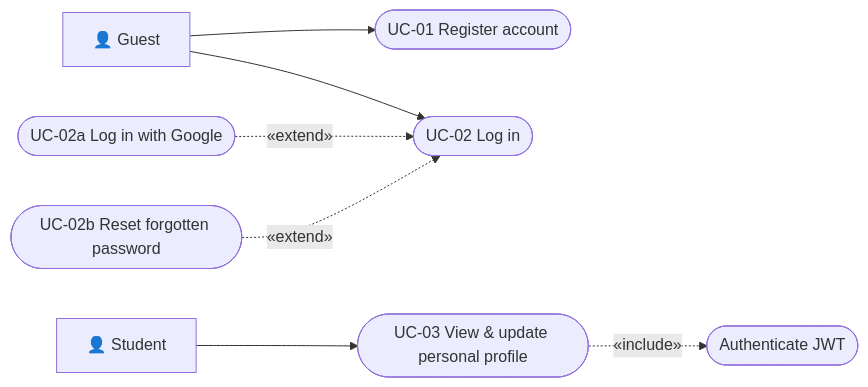
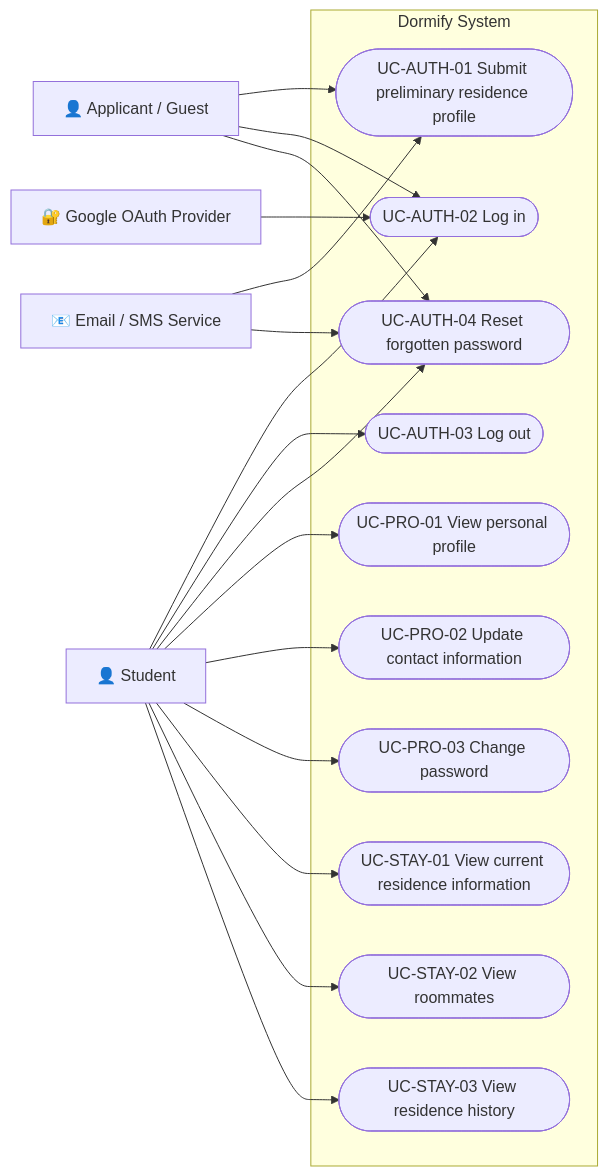
One commit to ddanh2436/Domitory_Management_Docs changed the first of 12 diagrams in docs/analysis-and-design/use-case-model.md. Above: the diagram before and after it, drawn with Mermaid. The commit also changed other lines of this file, not shown here.

````diff
--- a/docs/analysis-and-design/use-case-model.md
+++ b/docs/analysis-and-design/use-case-model.md
@@ -20,19 +31,41 @@
 ```mermaid
 flowchart LR
+    Applicant["👤 Applicant / Guest"]
     Student["👤 Student"]
-    Guest["👤 Guest"]
+    Google["🔐 Google OAuth Provider"]
+    OTP["📧 Email / SMS Service"]
 
-    UC01(["UC-01 Register account"])
-    UC02(["UC-02 Log in"])
-    UC02a(["UC-02a Log in with Google"])
-    UC02b(["UC-02b Reset forgotten password"])
-    UC03(["UC-03 View & update personal profile"])
-    UCAuth(["Authenticate JWT"])
+    subgraph Dormify["Dormify System"]
+        UCA01(["UC-AUTH-01 Submit preliminary residence profile"])
+        UCA02(["UC-AUTH-02 Log in"])
+        UCA03(["UC-AUTH-03 Log out"])
+        UCA04(["UC-AUTH-04 Reset forgotten password"])
 
-    Guest --> UC01
-    Guest --> UC02
-    UC02a -.->|«extend»| UC02
-    UC02b -.->|«extend»| UC02
-    Student --> UC03
-    UC03 -.->|«include»| UCAuth
+        UCP01(["UC-PRO-01 View personal profile"])
+        UCP02(["UC-PRO-02 Update contact information"])
+        UCP03(["UC-PRO-03 Change password"])
+
+        UCS01(["UC-STAY-01 View current residence information"])
+        UCS02(["UC-STAY-02 View roommates"])
+        UCS03(["UC-STAY-03 View residence history"])
+    end
+
+    Applicant --> UCA01
+    Applicant --> UCA02
+    Applicant --> UCA04
+
+    Student --> UCA02
+    Student --> UCA03
+    Student --> UCA04
+
+    Student --> UCP01
+    Student --> UCP02
+    Student --> UCP03
+    Student --> UCS01
+    Student --> UCS02
+    Student --> UCS03
+
+    Google --> UCA02
+    OTP --> UCA01
+    OTP --> UCA04
 ```
````
